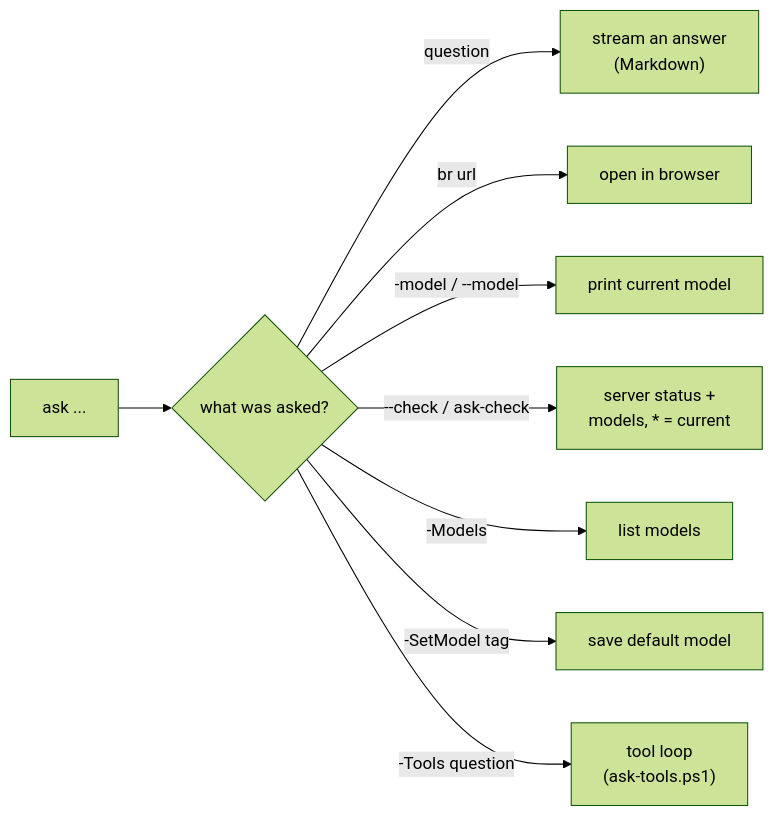
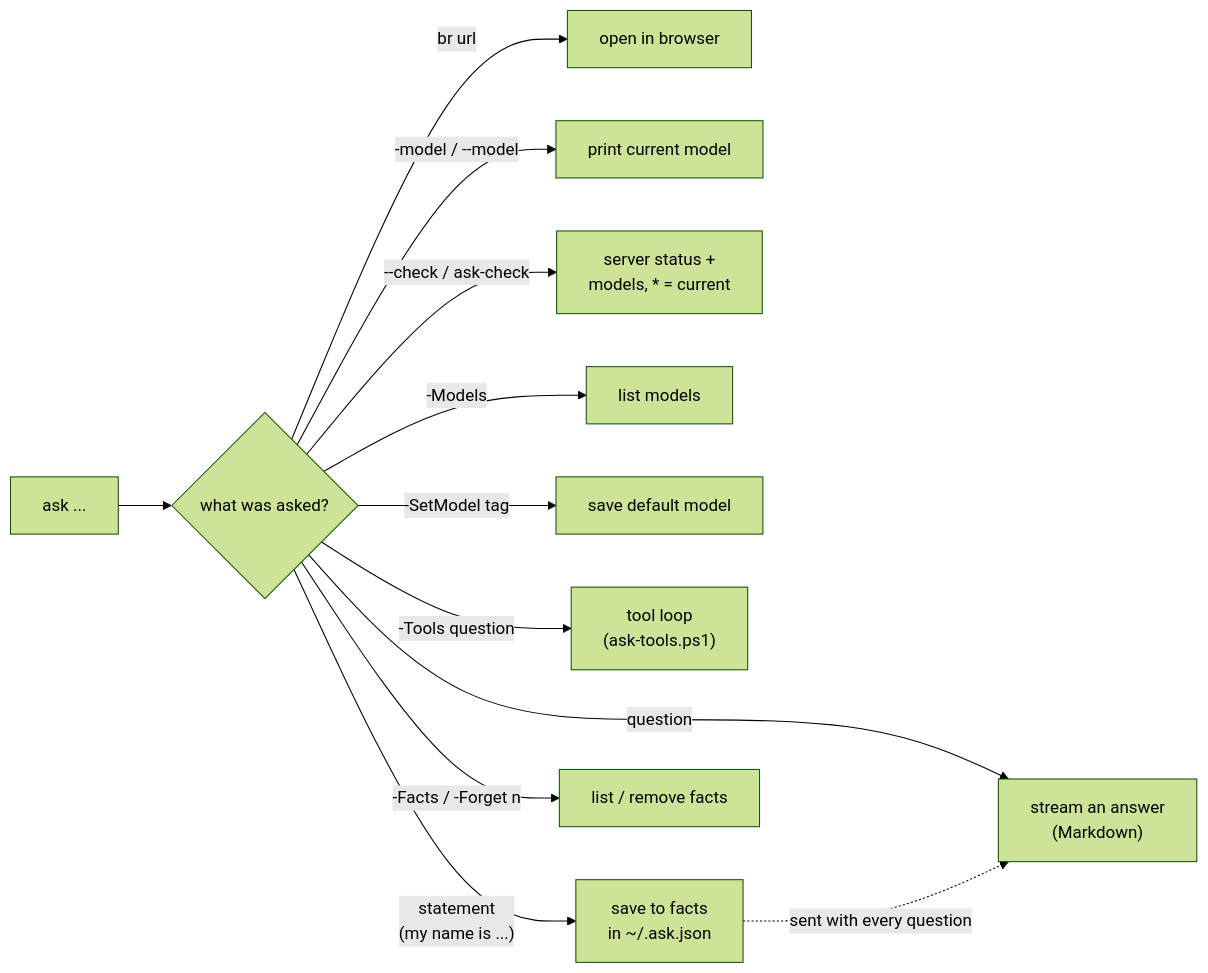
One commit to cschladetsch/Ps1Ask changed the first of 2 diagrams in docs/index.md. Above: the diagram before and after it, drawn with Mermaid (forest theme). The commit also changed other lines of this file and 3 other files, not shown here.

First line of the commit message:
Remember facts: statements are saved to ~/.ask.json, not answered

````diff
--- a/docs/index.md
+++ b/docs/index.md
@@ -23,11 +25,14 @@
 ```mermaid
 flowchart LR
     ASK["ask ..."] --> D{"what was asked?"}
     D -->|"question"| CHAT["stream an answer\n(Markdown)"]
     D -->|"br url"| BR["open in browser"]
     D -->|"-model / --model"| M["print current model"]
     D -->|"--check / ask-check"| C["server status +\nmodels, * = current"]
     D -->|"-Models"| L["list models"]
     D -->|"-SetModel tag"| S["save default model"]
     D -->|"-Tools question"| T["tool loop\n(ask-tools.ps1)"]
+    D -->|"statement\n(my name is ...)"| F["save to facts\nin ~/.ask.json"]
+    D -->|"-Facts / -Forget n"| FL["list / remove facts"]
+    F -.->|"sent with every question"| CHAT
 ```
````
